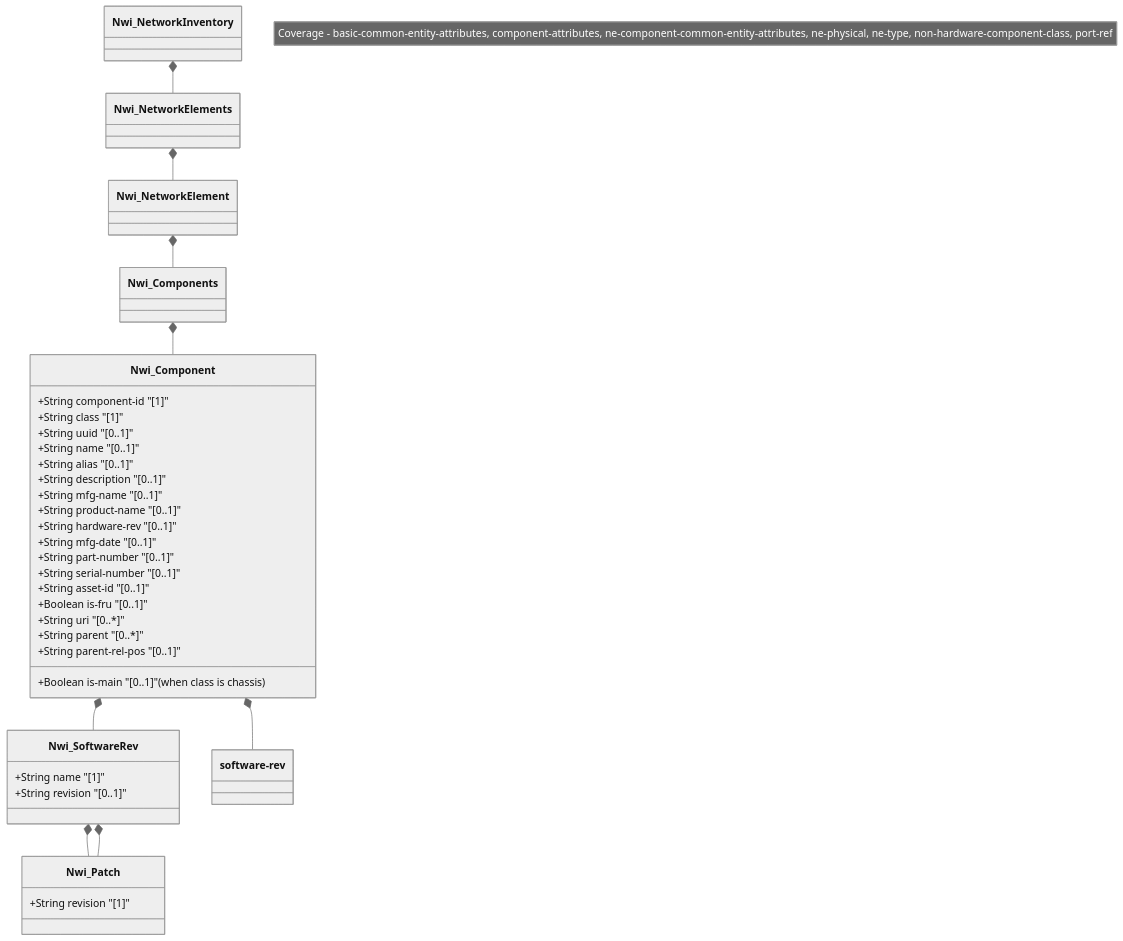
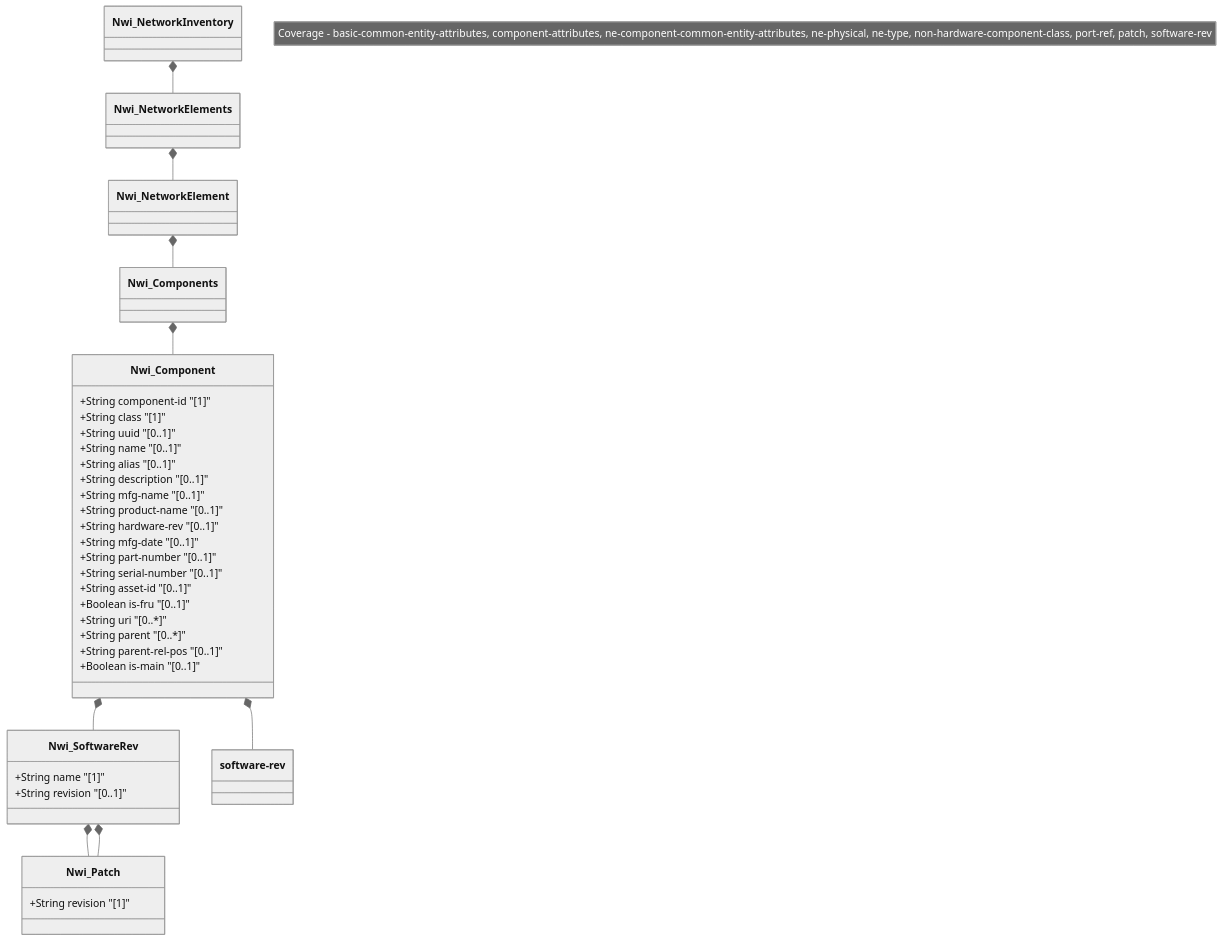
One commit to gintatkinson/3dgs-032 changed the diagram in docs/features/feat-16-components.md. Above: the diagram before and after it, drawn with Mermaid (neutral theme). The commit also changed 2 other files, not shown here.

Commit message:
feat(spec): register ietf-network-inventory Bounded Context specs

````diff
--- a/docs/features/feat-16-components.md
+++ b/docs/features/feat-16-components.md
@@ -22,44 +22,44 @@
 ```mermaid
 classDiagram
-    note "Coverage - basic-common-entity-attributes, component-attributes, ne-component-common-entity-attributes, ne-physical, ne-type, non-hardware-component-class, port-ref"
+    note "Coverage - basic-common-entity-attributes, component-attributes, ne-component-common-entity-attributes, ne-physical, ne-type, non-hardware-component-class, port-ref, patch, software-rev"
     class Nwi_NetworkInventory
     class Nwi_NetworkElements
     class Nwi_NetworkElement
     class Nwi_Components
     class Nwi_Component {
         +String component-id "[1]"
         +String class "[1]"
         +String uuid "[0..1]"
         +String name "[0..1]"
         +String alias "[0..1]"
         +String description "[0..1]"
         +String mfg-name "[0..1]"
         +String product-name "[0..1]"
         +String hardware-rev "[0..1]"
         +String mfg-date "[0..1]"
         +String part-number "[0..1]"
         +String serial-number "[0..1]"
         +String asset-id "[0..1]"
         +Boolean is-fru "[0..1]"
         +String uri "[0..*]"
         +String parent "[0..*]"
         +String parent-rel-pos "[0..1]"
-        +Boolean is-main "[0..1]" (when class is chassis)
+        +Boolean is-main "[0..1]"
     }
     class Nwi_SoftwareRev {
         +String name "[1]"
         +String revision "[0..1]"
     }
     class Nwi_Patch {
         +String revision "[1]"
     }
 
     Nwi_NetworkInventory *-- Nwi_NetworkElements
     Nwi_NetworkElements *-- Nwi_NetworkElement
     Nwi_NetworkElement *-- Nwi_Components
     Nwi_Components *-- Nwi_Component
     Nwi_Component *-- Nwi_SoftwareRev
     Nwi_SoftwareRev *-- Nwi_Patch
     Nwi_Component *-- `software-rev`
     Nwi_SoftwareRev *-- Nwi_Patch
 ```
````
